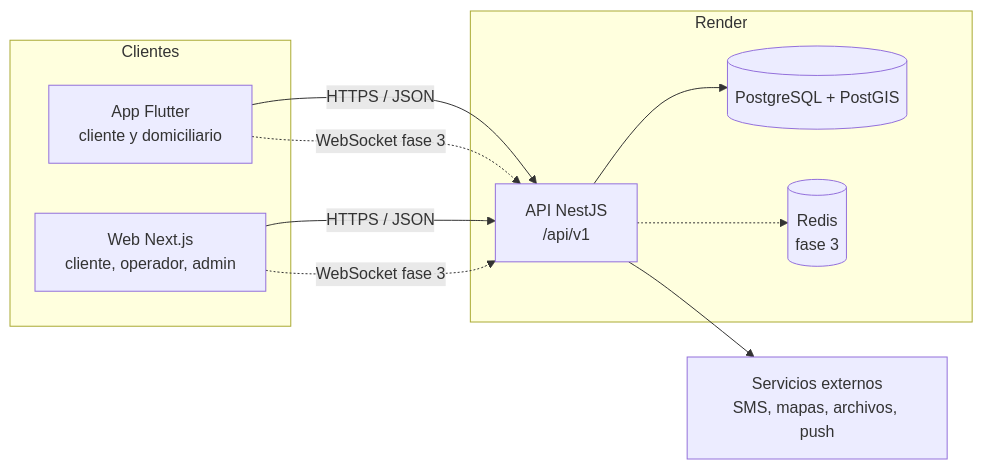
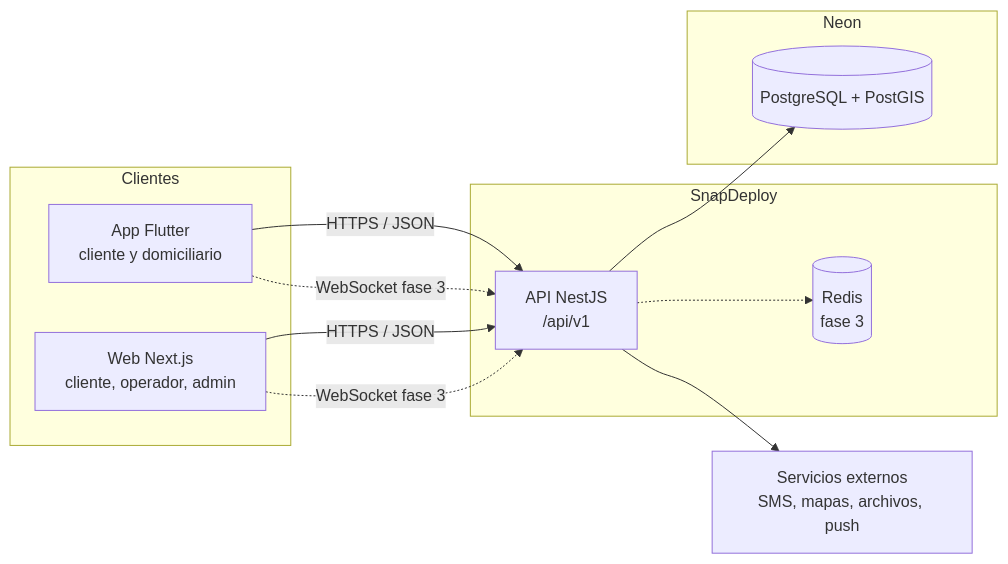
One commit to Yadirtf/RapiChonta changed the first of 2 diagrams in Docs/03-arquitectura.md. Above: the diagram before and after it, drawn with Mermaid. The commit also changed other lines of this file and 16 other files, not shown here.

First line of the commit message:
feat: despliegue en SnapDeploy con Docker, ramas deploy/* y guía

````diff
--- a/Docs/03-arquitectura.md
+++ b/Docs/03-arquitectura.md
@@ -5,21 +5,23 @@
 ```mermaid
 flowchart LR
   subgraph Clientes
     APP[App Flutter<br/>cliente y domiciliario]
     WEB[Web Next.js<br/>cliente, operador, admin]
   end
-  subgraph Render
+  subgraph SnapDeploy
     API[API NestJS<br/>/api/v1]
+    REDIS[(Redis<br/>fase 3)]
+  end
+  subgraph Neon
     DB[(PostgreSQL + PostGIS)]
-    REDIS[(Redis<br/>fase 3)]
   end
   EXT[Servicios externos<br/>SMS, mapas, archivos, push]
 
   APP -- HTTPS / JSON --> API
   WEB -- HTTPS / JSON --> API
   APP -. WebSocket fase 3 .-> API
   WEB -. WebSocket fase 3 .-> API
   API --> DB
   API -.-> REDIS
   API --> EXT
 ```
````
